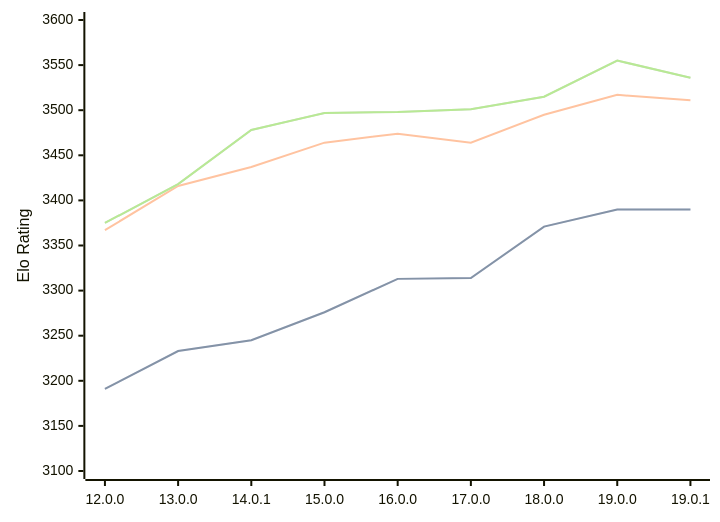
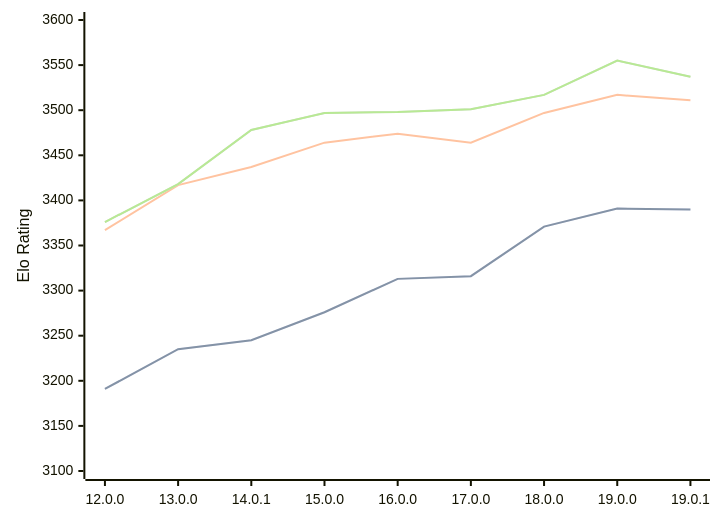
Before and after one commit to computer-chess-index/cci: the third of 3 diagrams in engines/Viridithas.md, drawn with Mermaid. The commit also changed other lines of this file, not shown here.

Commit message:
Update CCI Ratings (ELO VLTC) - 2026-06-21

````diff
--- a/engines/Viridithas.md
+++ b/engines/Viridithas.md
@@ -96,11 +96,11 @@
 ```mermaid
 %%{init: {"theme":"base","themeVariables":{"seriesColors:['#a3a3a3','#222221','#faa371']}}}%%
 xychart-beta
   x-axis ["12.0.0", "13.0.0", "14.0.1", "15.0.0", "16.0.0", "17.0.0", "18.0.0", "19.0.0", "19.0.1"]
   y-axis "Elo Rating" 3100 --> 3600
-  line "STC (8.0+0.08s)" [3191, 3233, 3245, 3276, 3313, 3314, 3371, 3390, 3390]
-  line "STC (8.0+0.08s)" [3191, 3233, 3245, 3276, 3313, 3314, 3371, 3390, 3390]
-  line "LTC (60.0+0.60s)" [3367, 3416, 3437, 3464, 3474, 3464, 3495, 3517, 3511]
-  line "VLTC (2m24s+1.12s)" [3375, 3418, 3478, 3497, 3498, 3501, 3515, 3555, 3536]
-  line "VLTC (2m24s+1.12s)" [3375, 3418, 3478, 3497, 3498, 3501, 3515, 3555, 3536]
+  line "STC (8.0+0.08s)" [3191, 3235, 3245, 3276, 3313, 3316, 3371, 3391, 3390]
+  line "STC (8.0+0.08s)" [3191, 3235, 3245, 3276, 3313, 3316, 3371, 3391, 3390]
+  line "LTC (60.0+0.60s)" [3367, 3417, 3437, 3464, 3474, 3464, 3497, 3517, 3511]
+  line "VLTC (2m24s+1.12s)" [3376, 3418, 3478, 3497, 3498, 3501, 3517, 3555, 3537]
+  line "VLTC (2m24s+1.12s)" [3376, 3418, 3478, 3497, 3498, 3501, 3517, 3555, 3537]
 ```
````
